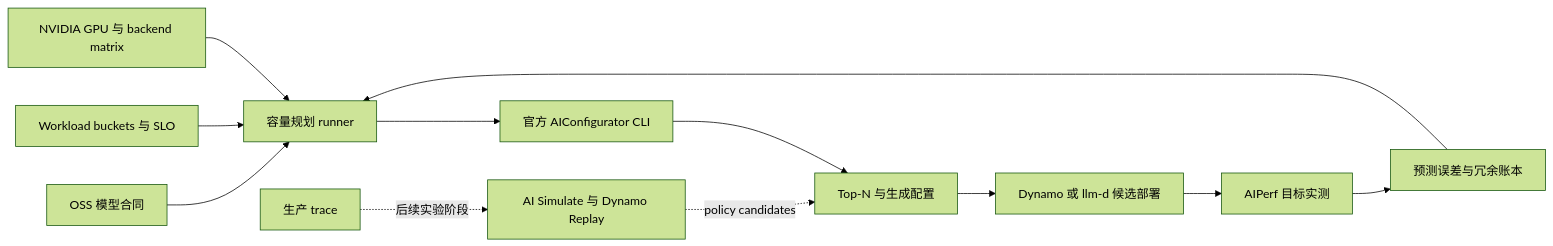
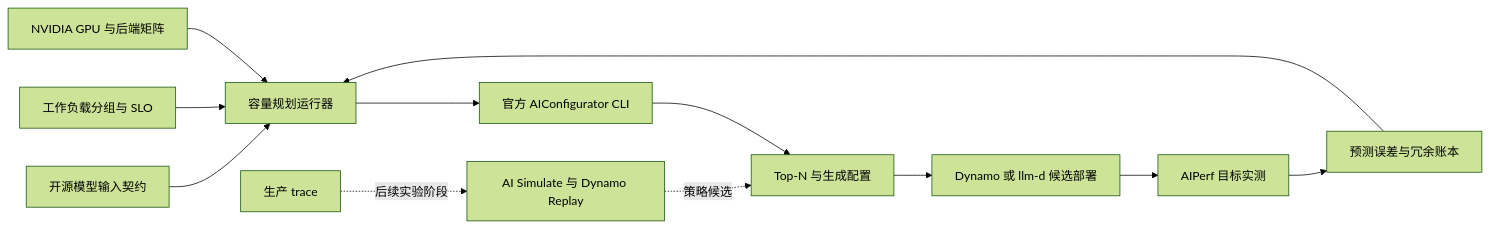
One commit to david-xinyuwei/david-share changed the diagram in Deep-Learning/OSS-Model-Capacity-Planning-on-NVIDIA-GPUs/README-CN.md. Above: the diagram before and after it, drawn with Mermaid (forest theme). The commit also changed other lines of this file and 41 other files, not shown here.

````diff
--- a/Deep-Learning/OSS-Model-Capacity-Planning-on-NVIDIA-GPUs/README-CN.md
+++ b/Deep-Learning/OSS-Model-Capacity-Planning-on-NVIDIA-GPUs/README-CN.md
@@ -159,14 +385,14 @@
 ```mermaid
 flowchart LR
-    M[OSS 模型合同] --> P[容量规划 runner]
-    W[Workload buckets 与 SLO] --> P
-    H[NVIDIA GPU 与 backend matrix] --> P
+    M[开源模型输入契约] --> P[容量规划运行器]
+    W[工作负载分组与 SLO] --> P
+    H[NVIDIA GPU 与后端矩阵] --> P
     P --> A[官方 AIConfigurator CLI]
     A --> R[Top-N 与生成配置]
     R --> D[Dynamo 或 llm-d 候选部署]
     D --> B[AIPerf 目标实测]
     B --> C[预测误差与冗余账本]
     C --> P
     T[生产 trace] -. 后续实验阶段 .-> S[AI Simulate 与 Dynamo Replay]
-    S -. policy candidates .-> R
+    S -. 策略候选 .-> R
 ```
````
